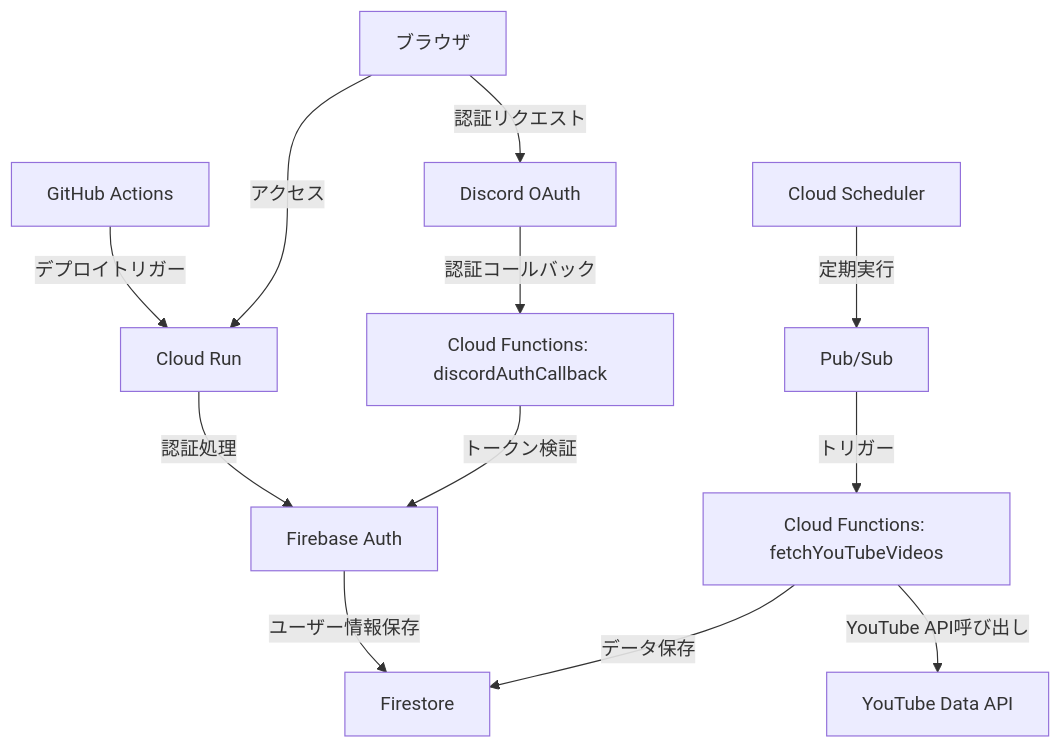
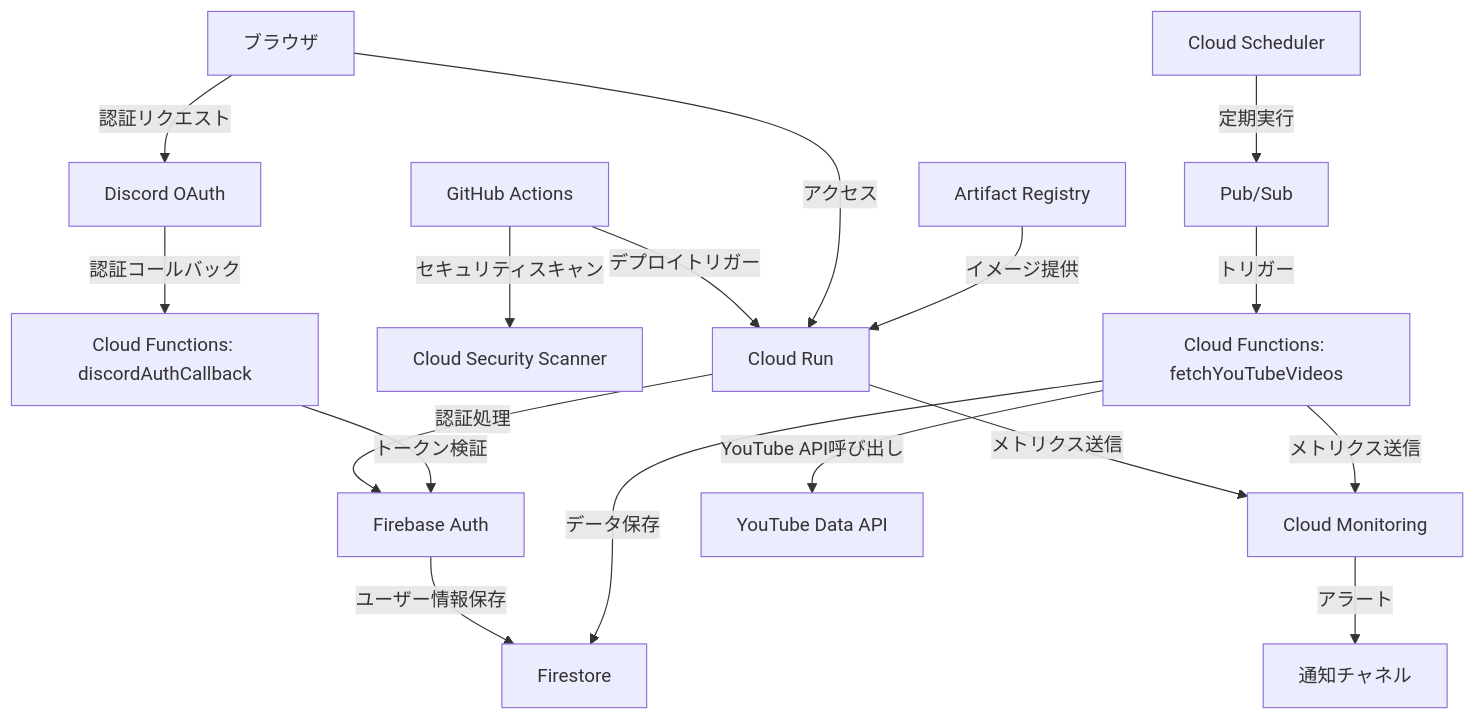
Before and after one commit to nothink-jp/suzumina.click: the diagram in docs/INFRA_AUDIT.md, drawn with Mermaid. The commit also changed other lines of this file and 10 other files, not shown here.

````diff
--- a/docs/INFRA_AUDIT.md
+++ b/docs/INFRA_AUDIT.md
@@ -24,14 +26,19 @@
 ```mermaid
 graph TD
     A[GitHub Actions] -->|デプロイトリガー| D[Cloud Run]
+    A -->|セキュリティスキャン| B[Cloud Security Scanner]
     D -->|認証処理| E[Firebase Auth]
+    D -->|メトリクス送信| M[Cloud Monitoring]
     E -->|ユーザー情報保存| F[Firestore]
     G[Cloud Scheduler] -->|定期実行| H[Pub/Sub]
     H -->|トリガー| I[Cloud Functions: fetchYouTubeVideos]
     I -->|YouTube API呼び出し| J[YouTube Data API]
     I -->|データ保存| F
+    I -->|メトリクス送信| M
     K[Discord OAuth] -->|認証コールバック| L[Cloud Functions: discordAuthCallback]
     L -->|トークン検証| E
-    M[ブラウザ] -->|アクセス| D
-    M -->|認証リクエスト| K
+    N[ブラウザ] -->|アクセス| D
+    N -->|認証リクエスト| K
+    M -->|アラート| O[通知チャネル]
+    P[Artifact Registry] -->|イメージ提供| D
 ```
````
